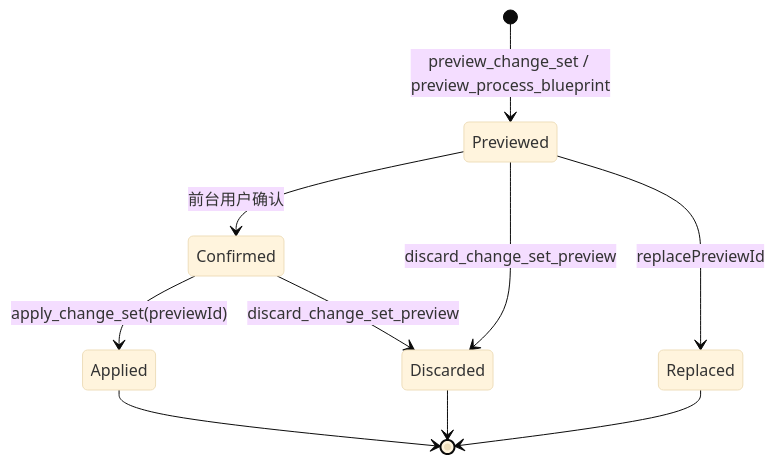
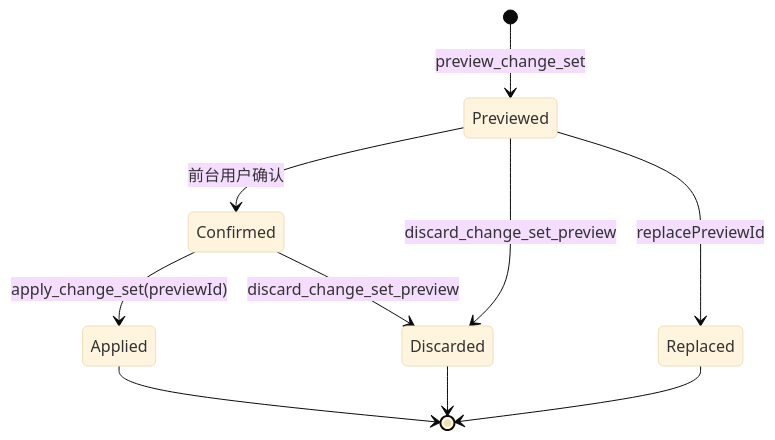
Before and after one commit to zeastwin/Automation: the third of 3 diagrams in Docs/Architecture/05-AI与Bridge.md, drawn with Mermaid (base theme). The commit also changed other lines of this file and 48 other files, not shown here.

````diff
--- a/Docs/Architecture/05-AI与Bridge.md
+++ b/Docs/Architecture/05-AI与Bridge.md
@@ -109,12 +108,12 @@
 ```mermaid
 stateDiagram-v2
-    [*] --> Previewed: preview_change_set / preview_process_blueprint
+    [*] --> Previewed: preview_change_set
     Previewed --> Confirmed: 前台用户确认
     Previewed --> Discarded: discard_change_set_preview
     Previewed --> Replaced: replacePreviewId
     Confirmed --> Applied: apply_change_set(previewId)
     Confirmed --> Discarded: discard_change_set_preview
     Applied --> [*]
     Discarded --> [*]
     Replaced --> [*]
 ```
````
